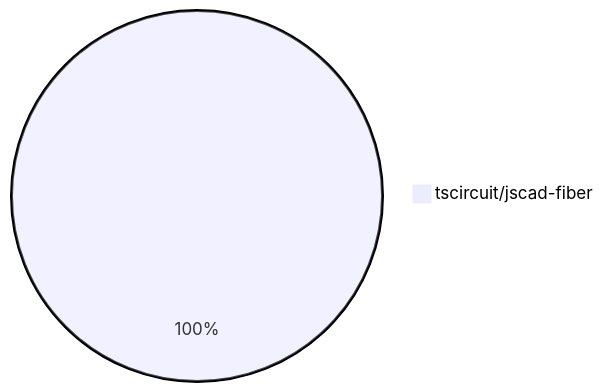
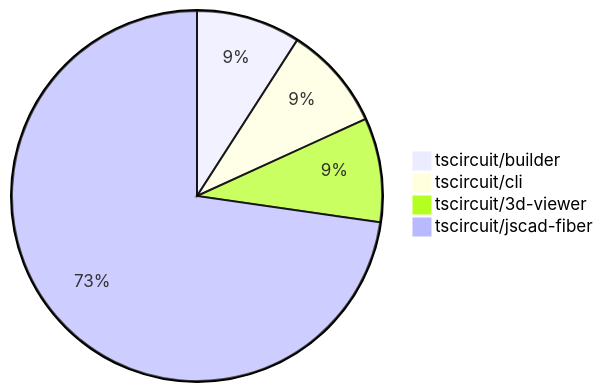
The diagram in README.md (tscircuit/contribution-tracker), drawn with Mermaid before and after one commit. The commit also changed other lines of this file and 1 other file, not shown here.

````diff
--- a/README.md
+++ b/README.md
@@ -24,4 +24,7 @@
 ```mermaid
 pie
-    "tscircuit/jscad-fiber" : 4
+    "tscircuit/builder" : 1
+    "tscircuit/cli" : 1
+    "tscircuit/3d-viewer" : 1
+    "tscircuit/jscad-fiber" : 8
 ```
````
